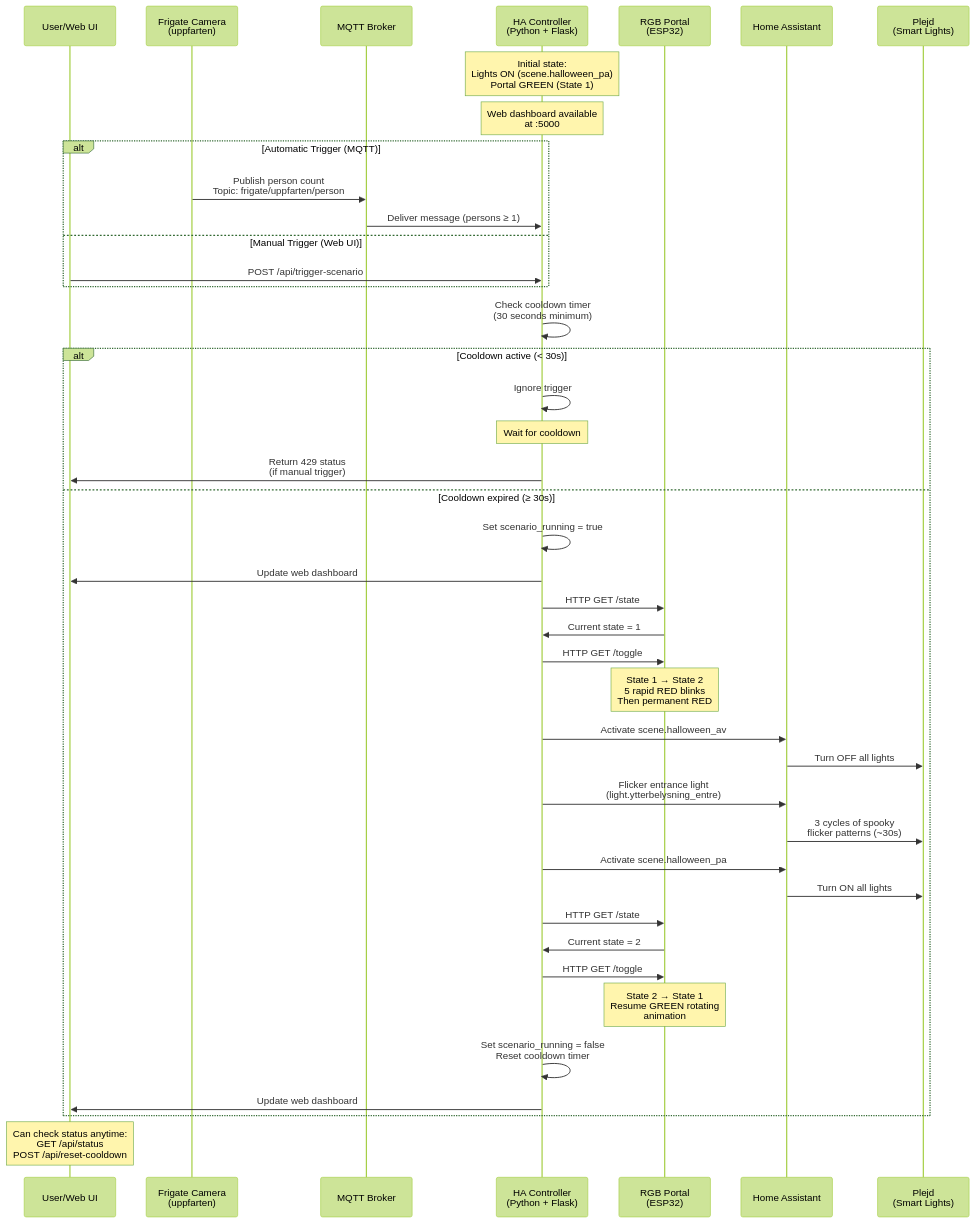
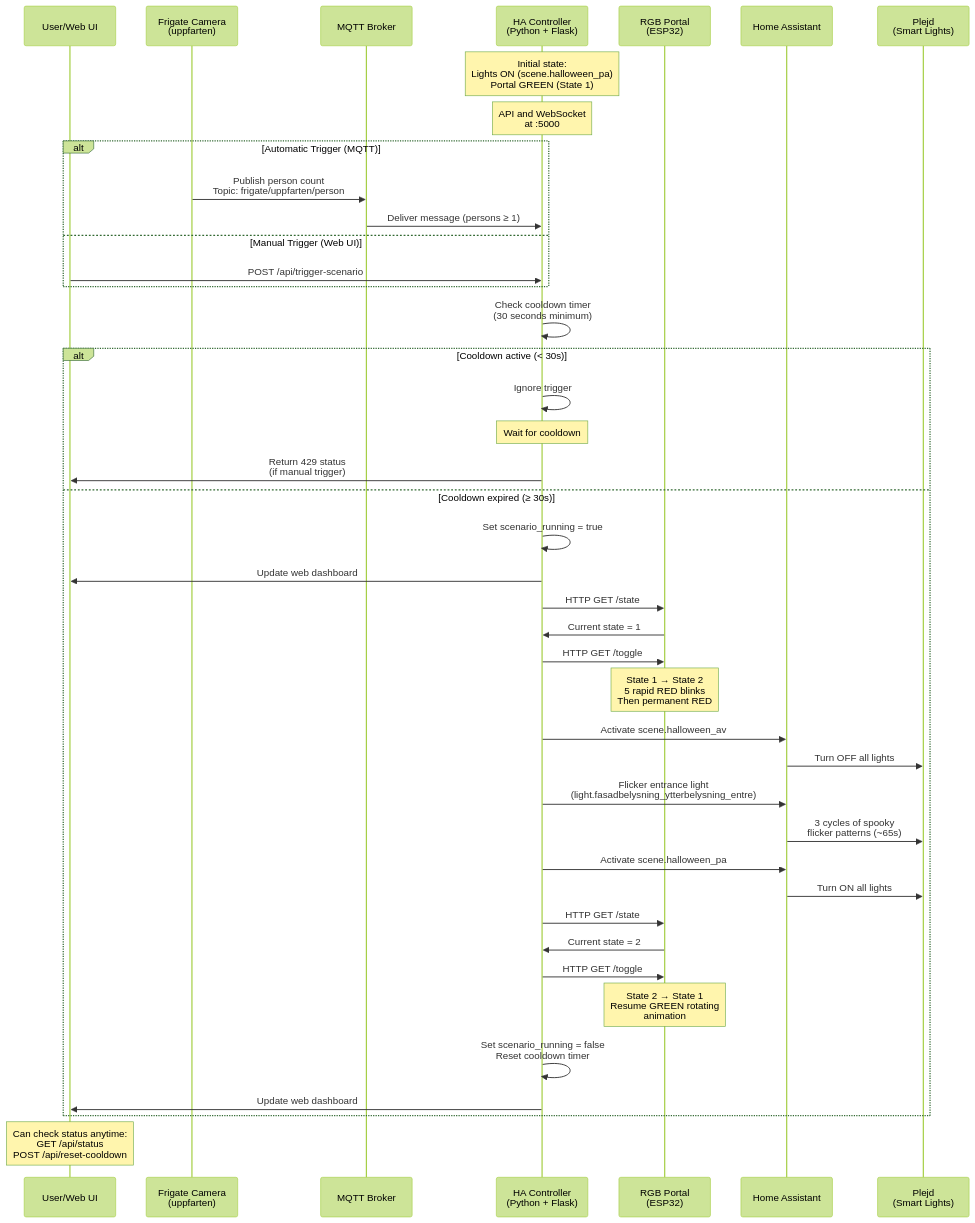
One commit to sandnabba/halloween_handler changed the second of 2 diagrams in ARCHITECTURE.md. Above: the diagram before and after it, drawn with Mermaid (forest theme). The commit also changed other lines of this file and 16 other files, not shown here.

````diff
--- a/ARCHITECTURE.md
+++ b/ARCHITECTURE.md
@@ -52,55 +52,55 @@
 ```mermaid
 sequenceDiagram
     participant User as User/Web UI
     participant Camera as Frigate Camera<br/>(uppfarten)
     participant MQTT as MQTT Broker
     participant Controller as HA Controller<br/>(Python + Flask)
     participant Portal as RGB Portal<br/>(ESP32)
     participant HA as Home Assistant
     participant Plejd as Plejd<br/>(Smart Lights)
     
     Note over Controller: Initial state:<br/>Lights ON (scene.halloween_pa)<br/>Portal GREEN (State 1)
-    Note over Controller: Web dashboard available<br/>at :5000
+    Note over Controller: API and WebSocket<br/>at :5000
     
     alt Automatic Trigger (MQTT)
         Camera->>MQTT: Publish person count<br/>Topic: frigate/uppfarten/person
         MQTT->>Controller: Deliver message (persons ≥ 1)
     else Manual Trigger (Web UI)
         User->>Controller: POST /api/trigger-scenario
     end
     
     Controller->>Controller: Check cooldown timer<br/>(30 seconds minimum)
     
     alt Cooldown active (< 30s)
         Controller->>Controller: Ignore trigger
         Note over Controller: Wait for cooldown
         Controller->>User: Return 429 status<br/>(if manual trigger)
     else Cooldown expired (≥ 30s)
         Controller->>Controller: Set scenario_running = true
         Controller->>User: Update web dashboard
         
         Controller->>Portal: HTTP GET /state
         Portal->>Controller: Current state = 1
         Controller->>Portal: HTTP GET /toggle
         Note over Portal: State 1 → State 2<br/>5 rapid RED blinks<br/>Then permanent RED
         
         Controller->>HA: Activate scene.halloween_av
         HA->>Plejd: Turn OFF all lights
         
-        Controller->>HA: Flicker entrance light<br/>(light.ytterbelysning_entre)
-        HA->>Plejd: 3 cycles of spooky<br/>flicker patterns (~30s)
+        Controller->>HA: Flicker entrance light<br/>(light.fasadbelysning_ytterbelysning_entre)
+        HA->>Plejd: 3 cycles of spooky<br/>flicker patterns (~65s)
         
         Controller->>HA: Activate scene.halloween_pa
         HA->>Plejd: Turn ON all lights
         
         Controller->>Portal: HTTP GET /state
         Portal->>Controller: Current state = 2
         Controller->>Portal: HTTP GET /toggle
         Note over Portal: State 2 → State 1<br/>Resume GREEN rotating<br/>animation
         
         Controller->>Controller: Set scenario_running = false<br/>Reset cooldown timer
         Controller->>User: Update web dashboard
     end
     
     Note over User: Can check status anytime:<br/>GET /api/status<br/>POST /api/reset-cooldown
 ```
````
